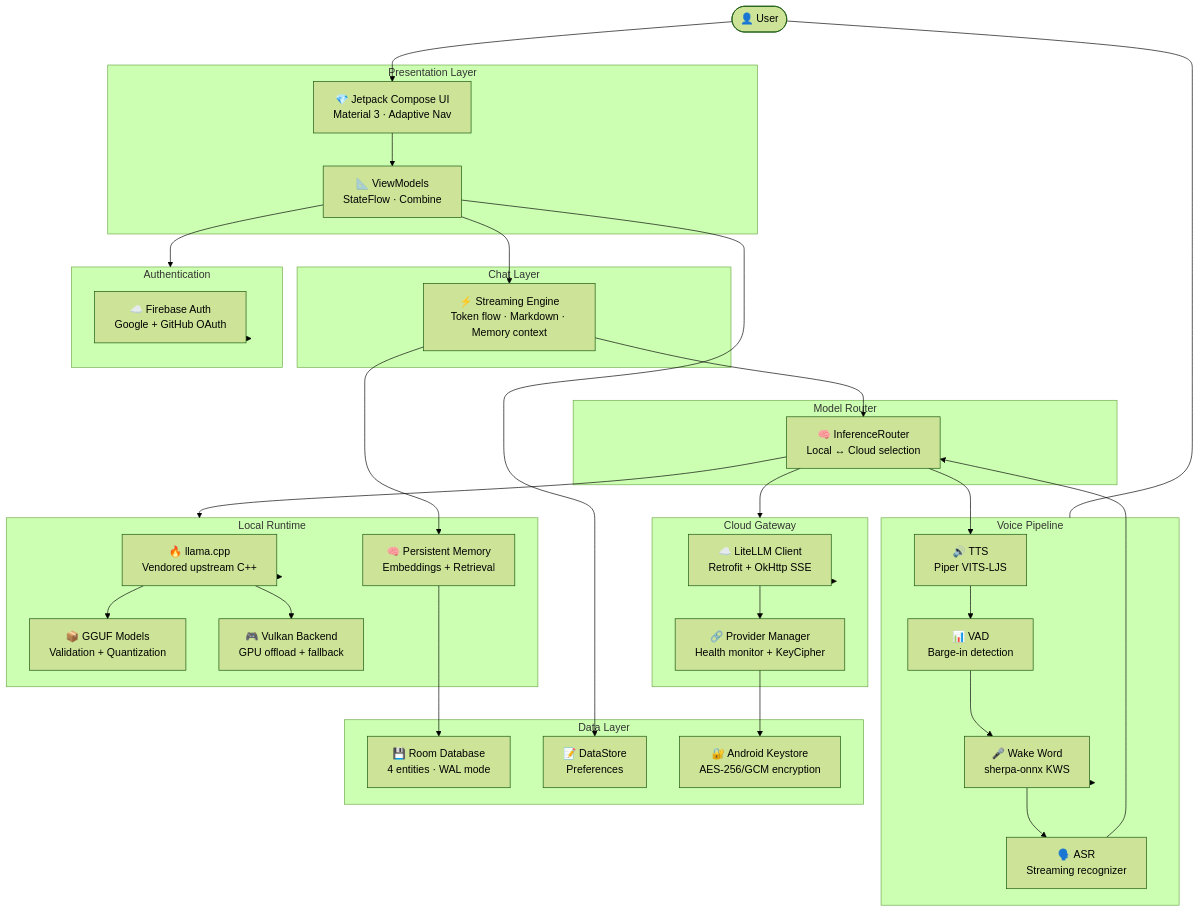
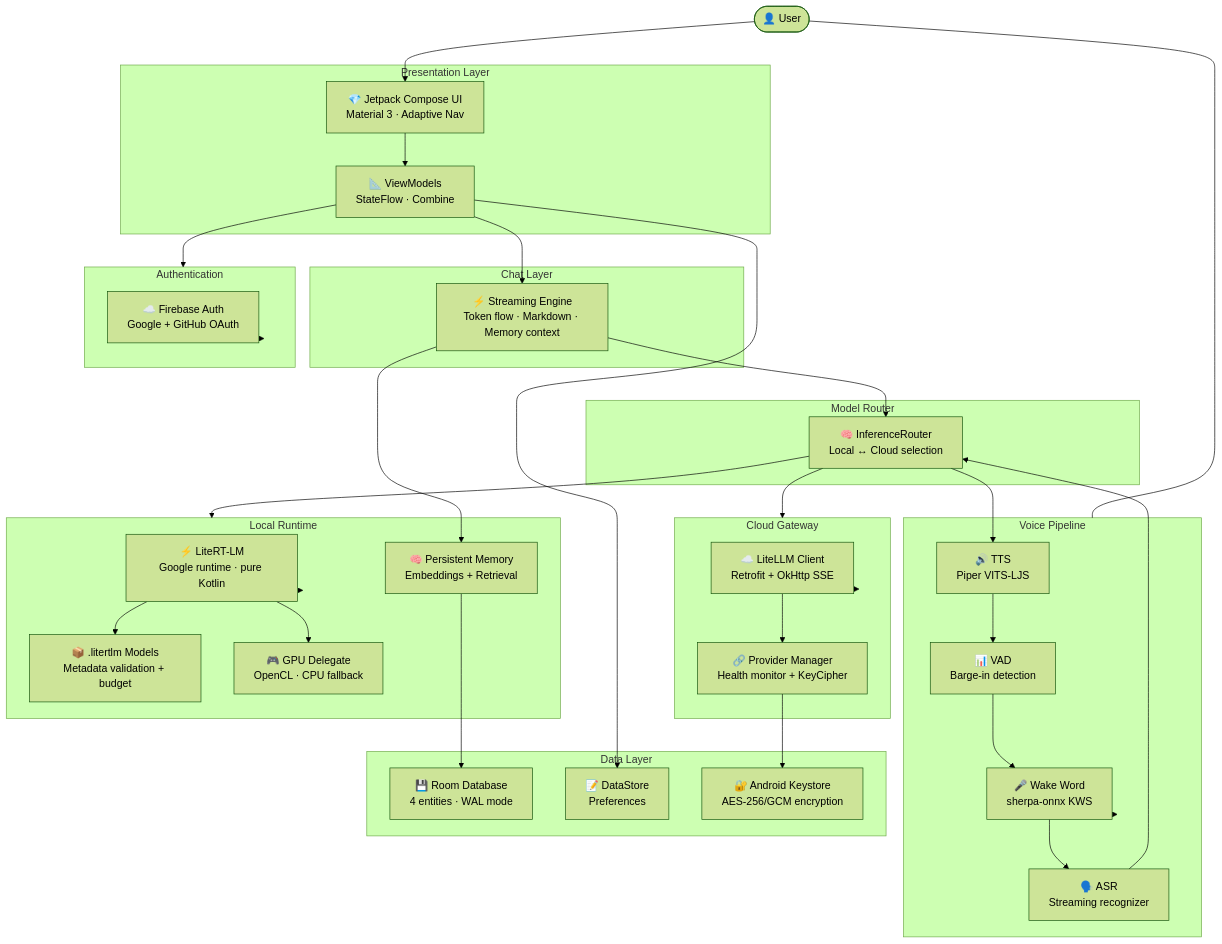
Before and after one commit to ShadowSafin/AndroLLM: the diagram in README.md, drawn with Mermaid (forest theme). The commit also changed other lines of this file and 3605 other files, not shown here.

Commit message:
docs: refresh documentation for LiteRT architecture

````diff
--- a/README.md
+++ b/README.md
@@ -191,71 +206,71 @@
 ```mermaid
 flowchart TB
     USER(["👤 User"])
 
     subgraph PRESENTATION["Presentation Layer"]
         COMPOSE["💎 Jetpack Compose UI<br/>Material 3 · Adaptive Nav"]
         VIEWMODELS["📐 ViewModels<br/>StateFlow · Combine"]
     end
 
     subgraph CHAT["Chat Layer"]
         STREAM["⚡ Streaming Engine<br/>Token flow · Markdown · Memory context"]
     end
 
     subgraph ROUTING["Model Router"]
         ROUTER["🧠 InferenceRouter<br/>Local ↔ Cloud selection"]
     end
 
     subgraph LOCAL["Local Runtime"]
-        LLAMA["🔥 llama.cpp<br/>Vendored upstream C++"]
-        GGUF["📦 GGUF Models<br/>Validation + Quantization"]
-        GPU["🎮 Vulkan Backend<br/>GPU offload + fallback"]
+        LITERT["⚡ LiteRT-LM<br/>Google runtime · pure Kotlin"]
+        CONTAINER["📦 .litertlm Models<br/>Metadata validation + budget"]
+        GPU["🎮 GPU Delegate<br/>OpenCL · CPU fallback"]
         MEMORY["🧠 Persistent Memory<br/>Embeddings + Retrieval"]
     end
 
     subgraph CLOUD["Cloud Gateway"]
         LITELLM["☁️ LiteLLM Client<br/>Retrofit + OkHttp SSE"]
         PROVIDERS["🔗 Provider Manager<br/>Health monitor + KeyCipher"]
     end
 
     subgraph VOICE["Voice Pipeline"]
         KWS["🎤 Wake Word<br/>sherpa-onnx KWS"]
         ASR["🗣️ ASR<br/>Streaming recognizer"]
         TTS["🔊 TTS<br/>Piper VITS-LJS"]
         VAD["📊 VAD<br/>Barge-in detection"]
     end
 
     subgraph PERSISTENCE["Data Layer"]
         ROOM["💾 Room Database<br/>4 entities · WAL mode"]
         DS["📝 DataStore<br/>Preferences"]
         KEYSTORE["🔐 Android Keystore<br/>AES-256/GCM encryption"]
     end
 
     subgraph AUTH["Authentication"]
         FIREBASE["☁️ Firebase Auth<br/>Google + GitHub OAuth"]
     end
 
     USER --> COMPOSE
     COMPOSE --> VIEWMODELS
     VIEWMODELS --> STREAM
     STREAM --> ROUTER
     ROUTER --> LOCAL
     ROUTER --> CLOUD
-    LOCAL --> LLAMA
-    LLAMA --> GGUF
-    LLAMA --> GPU
+    LOCAL --> LITERT
+    LITERT --> CONTAINER
+    LITERT --> GPU
     STREAM --> MEMORY
     CLOUD --> LITELLM
     LITELLM --> PROVIDERS
     USER --- VOICE
     VOICE --> KWS
     KWS --> ASR
     ASR --> ROUTER
     ROUTER --> TTS
     TTS --> VAD
     VAD --> KWS
     MEMORY --> ROOM
     VIEWMODELS --> DS
     PROVIDERS --> KEYSTORE
     VIEWMODELS --> AUTH
     AUTH --> FIREBASE
 ```
````
